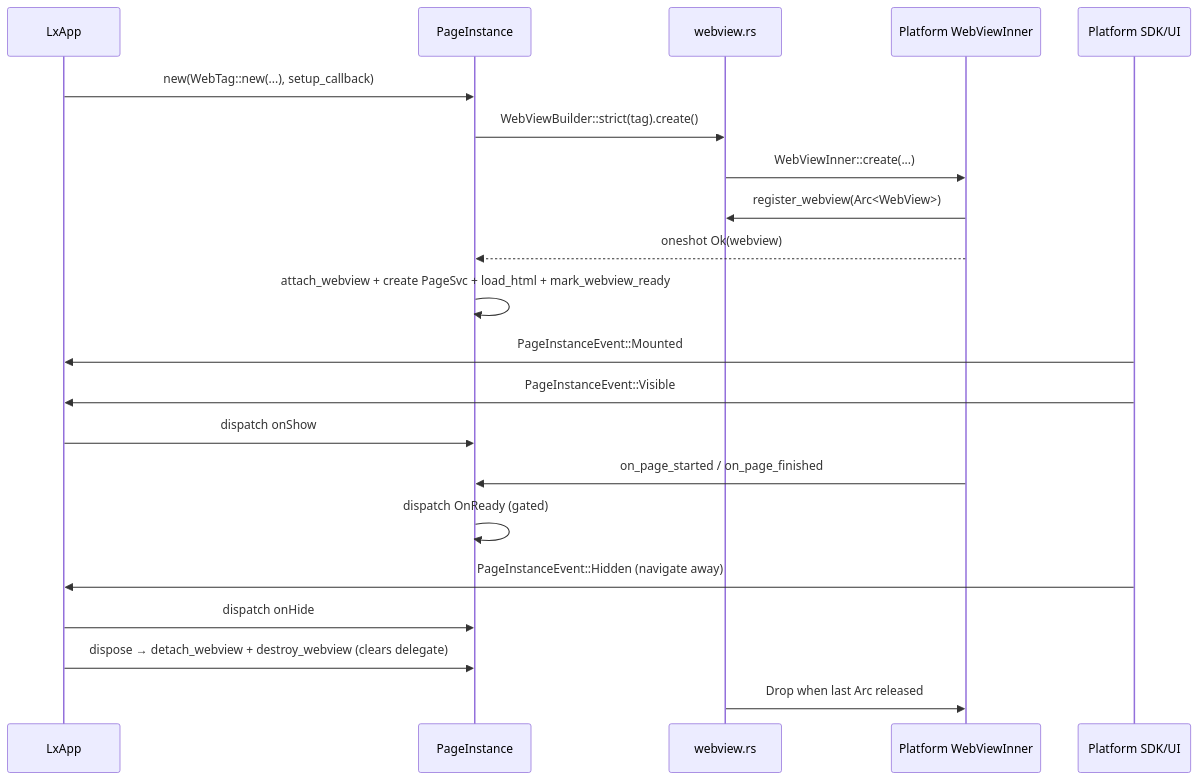
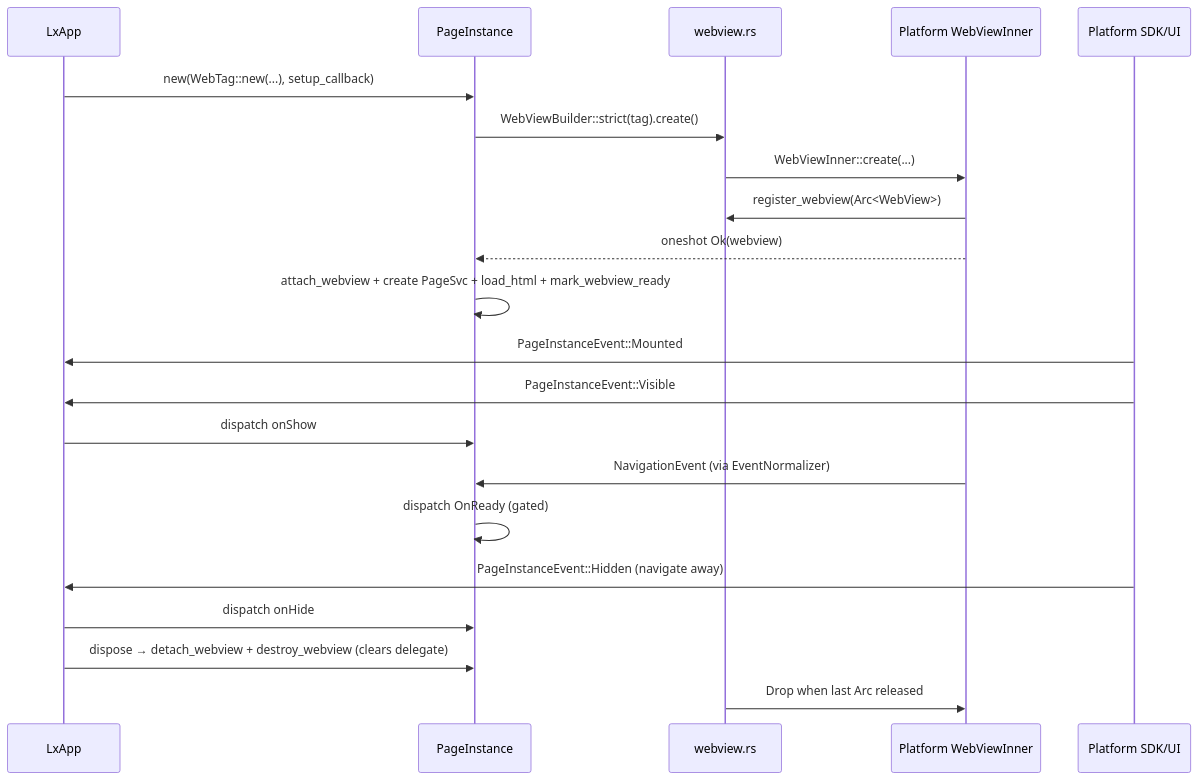
Before and after one commit to LingXia-Dev/LingXia: the first of 4 diagrams in docs/internal/webview-lifecycle.md, drawn with Mermaid. The commit also changed other lines of this file and 12 other files, not shown here.

````diff
--- a/docs/internal/webview-lifecycle.md
+++ b/docs/internal/webview-lifecycle.md
@@ -640,24 +653,24 @@
 ```mermaid
 sequenceDiagram
   participant LxApp
   participant Page as PageInstance
   participant Core as webview.rs
   participant Backend as Platform WebViewInner
   participant SDK as Platform SDK/UI
 
   LxApp->>Page: new(WebTag::new(...), setup_callback)
   Page->>Core: WebViewBuilder::strict(tag).create()
   Core->>Backend: WebViewInner::create(...)
   Backend->>Core: register_webview(Arc<WebView>)
   Backend-->>Page: oneshot Ok(webview)
   Page->>Page: attach_webview + create PageSvc + load_html + mark_webview_ready
   SDK->>LxApp: PageInstanceEvent::Mounted
   SDK->>LxApp: PageInstanceEvent::Visible
   LxApp->>Page: dispatch onShow
-  Backend->>Page: on_page_started / on_page_finished
+  Backend->>Page: NavigationEvent (via EventNormalizer)
   Page->>Page: dispatch OnReady (gated)
   SDK->>LxApp: PageInstanceEvent::Hidden (navigate away)
   LxApp->>Page: dispatch onHide
   LxApp->>Page: dispose → detach_webview + destroy_webview (clears delegate)
   Core->>Backend: Drop when last Arc released
 ```
````
